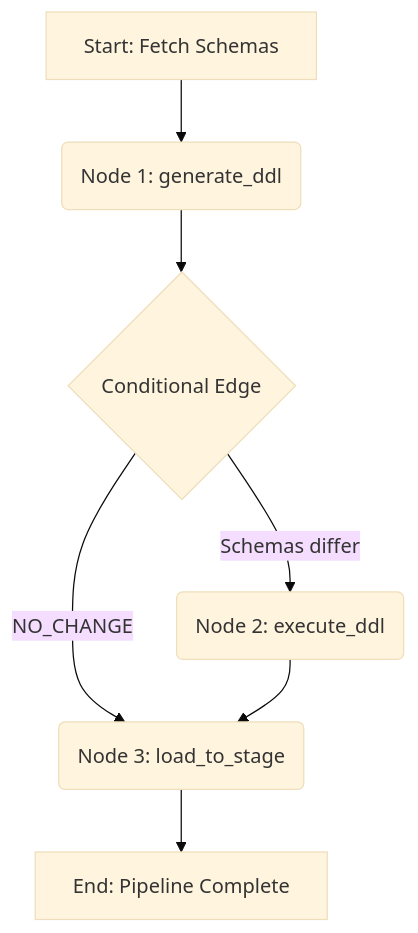
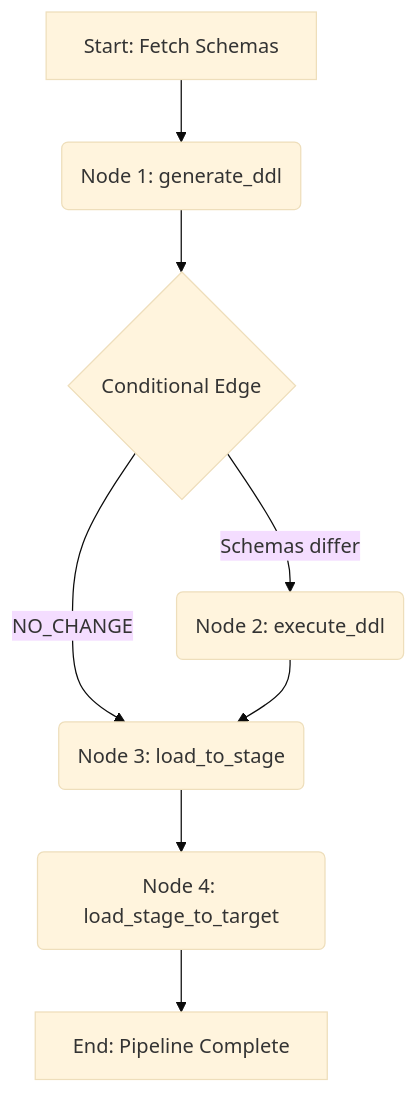
The diagram in langgraph/readme.md (talendgi/Glue-jobs), drawn with Mermaid (base theme) before and after one commit.

````diff
--- a/langgraph/readme.md
+++ b/langgraph/readme.md
@@ -13,9 +13,10 @@
 ```mermaid
 graph TD
     A[Start: Fetch Schemas] --> B(Node 1: generate_ddl)
     B --> C{Conditional Edge}
     C -->|Schemas differ| D(Node 2: execute_ddl)
     C -->|NO_CHANGE| E(Node 3: load_to_stage)
     D --> E
-    E --> F[End: Pipeline Complete]
+    E --> F(Node 4: load_stage_to_target)
+    F--> G[End: Pipeline Complete]
 ```
````
